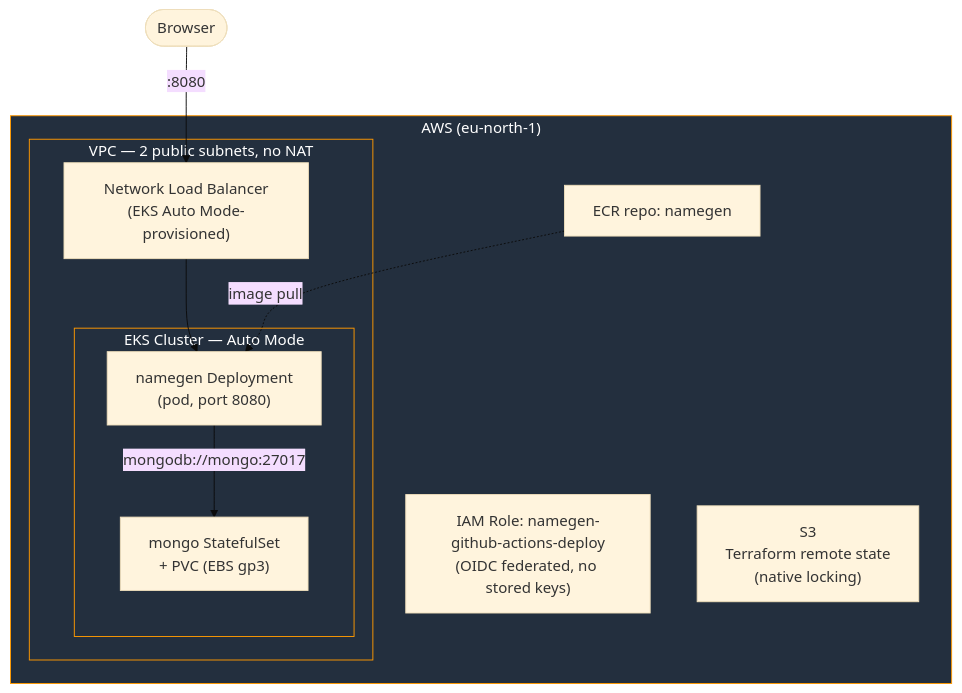
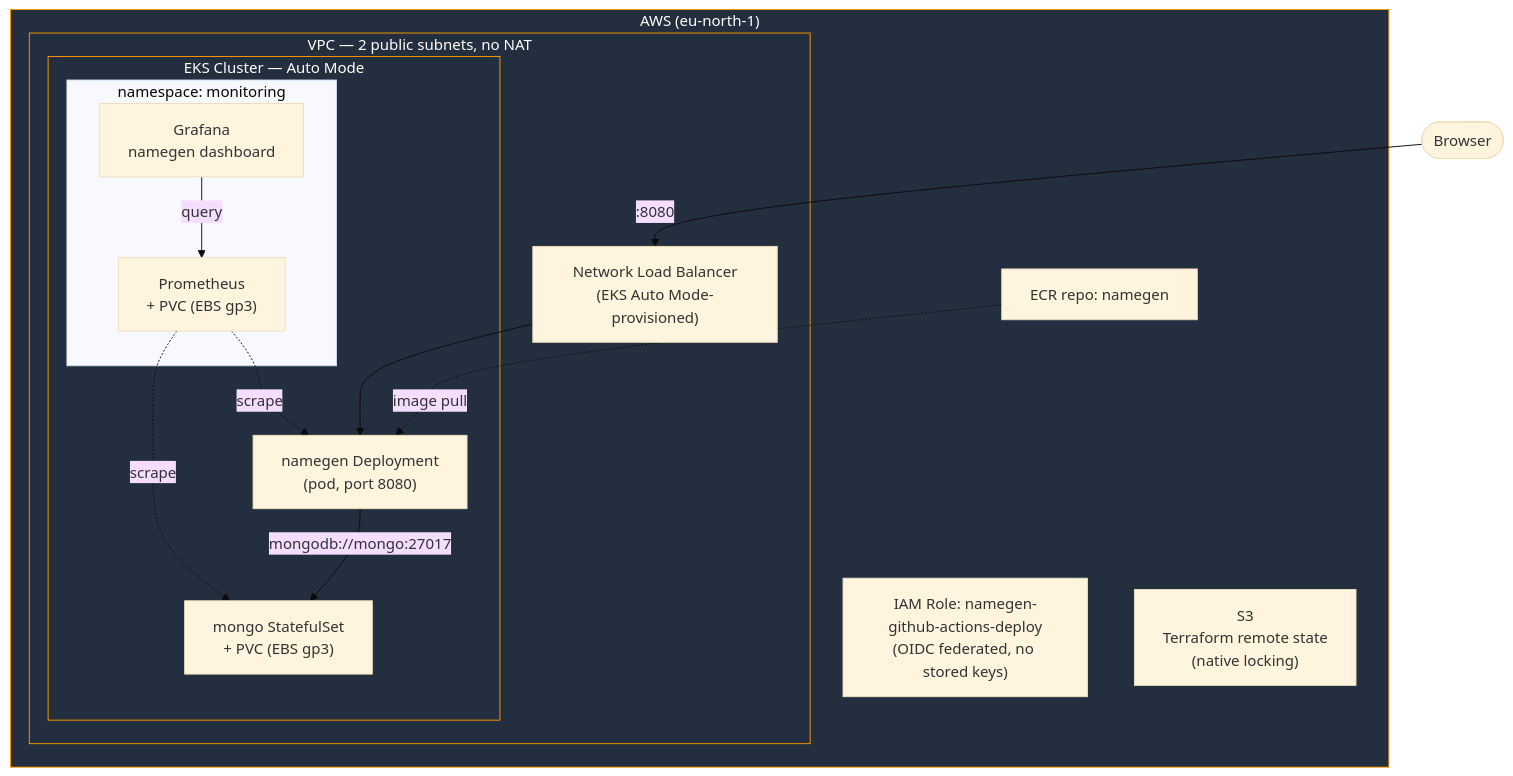
One commit to yarins0/random-name-gen-app changed the first of 2 diagrams in README.md. Above: the diagram before and after it, drawn with Mermaid (base theme). The commit also changed other lines of this file, not shown here.

First line of the commit message:
Update README for monitoring, diagrams and S3 native locking

````diff
--- a/README.md
+++ b/README.md
@@ -9,22 +11,29 @@
 ```mermaid
 flowchart TB
     subgraph AWS["AWS (eu-north-1)"]
         subgraph VPC["VPC — 2 public subnets, no NAT"]
             NLB["Network Load Balancer<br/>(EKS Auto Mode-provisioned)"]
             subgraph EKS["EKS Cluster — Auto Mode"]
                 App["namegen Deployment<br/>(pod, port 8080)"]
                 Mongo["mongo StatefulSet<br/>+ PVC (EBS gp3)"]
                 App -->|"mongodb://mongo:27017"| Mongo
+                subgraph Mon["namespace: monitoring"]
+                    Prom["Prometheus<br/>+ PVC (EBS gp3)"]
+                    Graf["Grafana<br/>namegen dashboard"]
+                    Graf -->|"query"| Prom
+                end
+                Prom -.->|"scrape"| App
+                Prom -.->|"scrape"| Mongo
             end
             NLB --> App
         end
         ECR["ECR repo: namegen"]
         OIDC["IAM Role: namegen-github-actions-deploy<br/>(OIDC federated, no stored keys)"]
         TFState["S3<br/>Terraform remote state<br/>(native locking)"]
     end
     User(["Browser"]) -->|":8080"| NLB
     ECR -.->|"image pull"| App
 
     classDef aws fill:#232f3e,stroke:#ff9900,color:#fff
     class EKS,VPC,AWS aws
 ```
````
